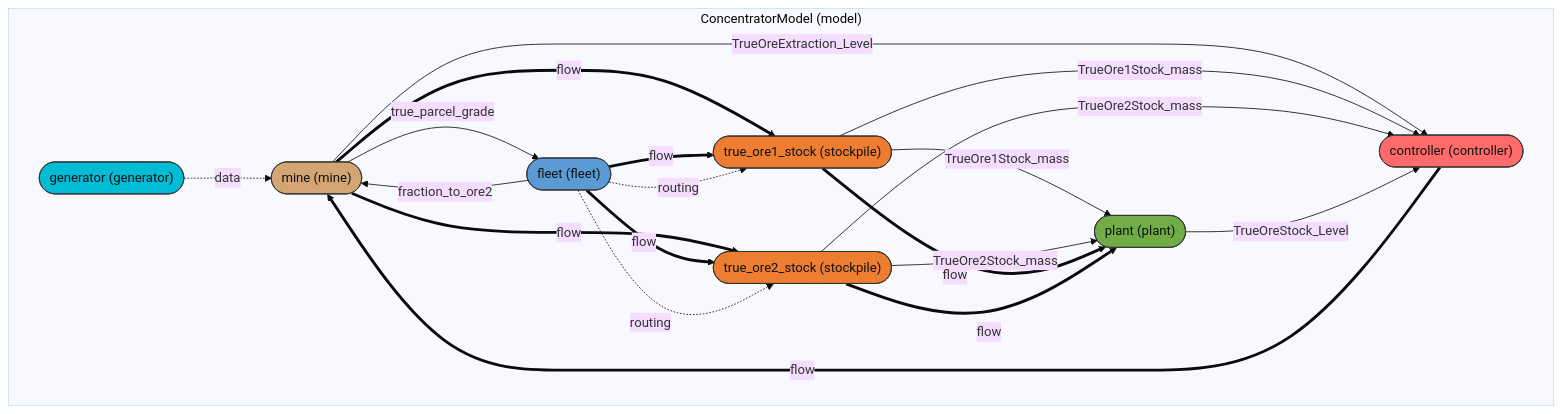
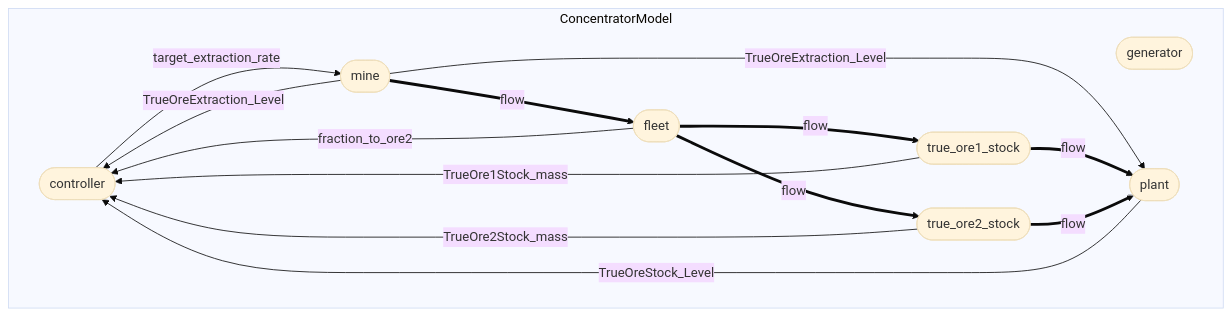
Before and after one commit to pirateJiang/mining-drs: the diagram in Concentrator_Module_Graph.md, drawn with Mermaid (base theme). The commit also changed other lines of this file and 10 other files, not shown here.

````diff
--- a/Concentrator_Module_Graph.md
+++ b/Concentrator_Module_Graph.md
@@ -20,37 +20,24 @@
 ```mermaid
 flowchart TD
-    classDef controller fill:#FF6B6B,stroke:#333,color:#111
-    classDef stockpile fill:#ED7D31,stroke:#333,color:#111
-    classDef plant fill:#70AD47,stroke:#333,color:#111
-    classDef fleet fill:#5B9BD5,stroke:#333,color:#111
-    classDef mine fill:#D4A574,stroke:#333,color:#111
-    classDef generator fill:#00BCD4,stroke:#333,color:#111
-    classDef model fill:#555555,stroke:#333,color:#111
-subgraph root["ConcentratorModel (model)"]
-    generator(["generator (generator)"]):::generator
-    mine(["mine (mine)"]):::mine
-    fleet(["fleet (fleet)"]):::fleet
-    true_ore1_stock(["true_ore1_stock (stockpile)"]):::stockpile
-    true_ore2_stock(["true_ore2_stock (stockpile)"]):::stockpile
-    plant(["plant (plant)"]):::plant
-    controller(["controller (controller)"]):::controller
+subgraph root["ConcentratorModel"]
+    generator(["generator"])
+    mine(["mine"])
+    fleet(["fleet"])
+    true_ore1_stock(["true_ore1_stock"])
+    true_ore2_stock(["true_ore2_stock"])
+    plant(["plant"])
+    controller(["controller"])
 end
-    fleet -->|fraction_to_ore2| mine
-    mine -->|true_parcel_grade| fleet
-    true_ore1_stock -->|TrueOre1Stock_mass| plant
-    true_ore2_stock -->|TrueOre2Stock_mass| plant
+    controller -->|target_extraction_rate| mine
+    mine -->|TrueOreExtraction_Level| plant
     mine -->|TrueOreExtraction_Level| controller
     true_ore1_stock -->|TrueOre1Stock_mass| controller
     true_ore2_stock -->|TrueOre2Stock_mass| controller
     plant -->|TrueOreStock_Level| controller
-    controller ==>|flow| mine
-    mine ==>|flow| true_ore1_stock
+    fleet -->|fraction_to_ore2| controller
+    mine ==>|flow| fleet
     fleet ==>|flow| true_ore1_stock
-    mine ==>|flow| true_ore2_stock
     fleet ==>|flow| true_ore2_stock
     true_ore1_stock ==>|flow| plant
     true_ore2_stock ==>|flow| plant
-    generator -.->|data| mine
-    fleet -.->|routing| true_ore1_stock
-    fleet -.->|routing| true_ore2_stock
 ```
````
